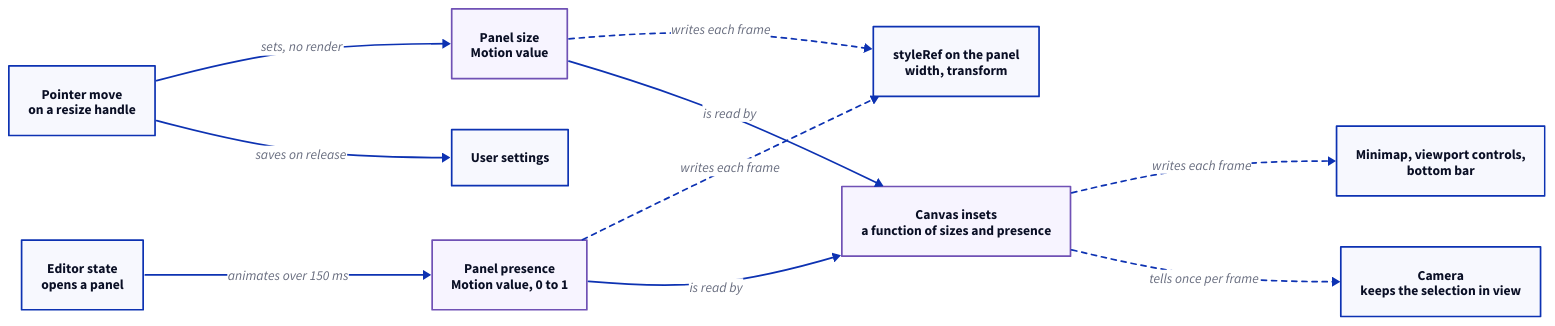
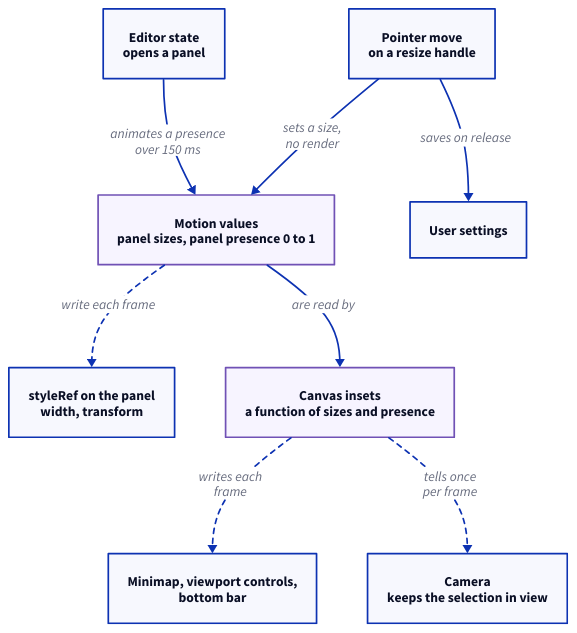
Before and after one commit to hashintel/hash: the diagram in libs/@hashintel/petrinaut/src/react/state/panel-geometry.d2, drawn with D2. The commit also changed 3 other files, not shown here.

First line of the commit message:
FE-2319: Lay the React guides' diagrams out top to bottom

```diff
--- a/libs/@hashintel/petrinaut/src/react/state/panel-geometry.d2
+++ b/libs/@hashintel/petrinaut/src/react/state/panel-geometry.d2
@@ -1,35 +1,32 @@
 # Hand-written; rendered by the arch-docs build.
-direction: right
+direction: down
 
 vars: {
   d2-legend: {
-    a -> b: happens once
+    a -> b: sets or reads a value
     a -> b: writes each frame {style.stroke-dash: 3}
     a.style.opacity: 0
     b.style.opacity: 0
   }
 }
 
 classes: {
   value: {style.fill: "#f7f4ff"; style.stroke: "#7051b5"}
 }
 
+toggle: "Editor state\nopens a panel"
 drag: "Pointer move\non a resize handle"
-toggle: "Editor state\nopens a panel"
-size: "Panel size\nMotion value" {class: value}
-presence: "Panel presence\nMotion value, 0 to 1" {class: value}
+geometry: "Motion values\npanel sizes, panel presence 0 to 1" {class: value}
+settings: "User settings"
 panel: "styleRef on the panel\nwidth, transform"
 insets: "Canvas insets\na function of sizes and presence" {class: value}
 followers: "Minimap, viewport controls,\nbottom bar"
 camera: "Camera\nkeeps the selection in view"
-settings: "User settings"
 
-drag -> size: "sets, no render"
-toggle -> presence: "animates over 150 ms"
-size -> panel: "writes each frame" {style.stroke-dash: 3}
-presence -> panel: "writes each frame" {style.stroke-dash: 3}
-size -> insets: "is read by"
-presence -> insets: "is read by"
-insets -> followers: "writes each frame" {style.stroke-dash: 3}
-insets -> camera: "tells once per frame" {style.stroke-dash: 3}
+toggle -> geometry: "animates a presence\nover 150 ms"
+drag -> geometry: "sets a size,\nno render"
 drag -> settings: "saves on release"
+geometry -> panel: "write each frame" {style.stroke-dash: 3}
+geometry -> insets: "are read by"
+insets -> followers: "writes each\nframe" {style.stroke-dash: 3}
+insets -> camera: "tells once\nper frame" {style.stroke-dash: 3}
```
